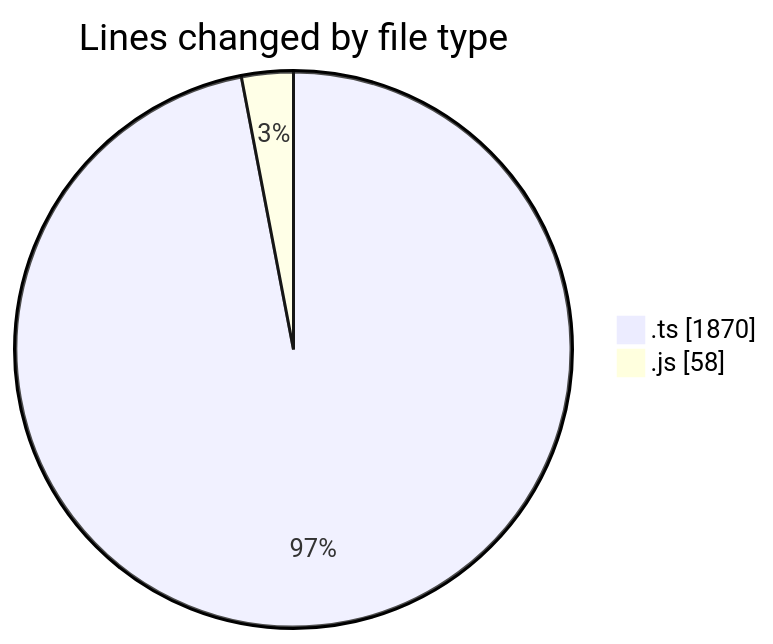
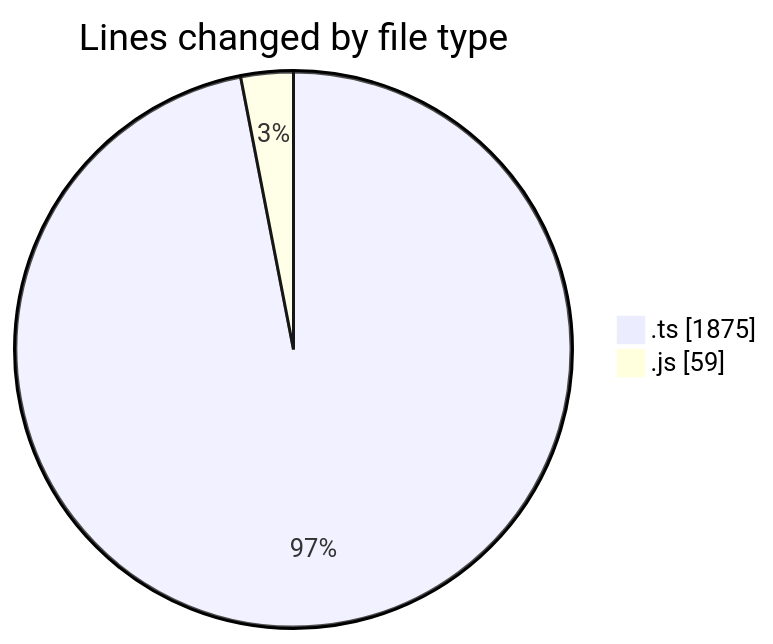
Before and after one commit to momahboobian/code-tracking: the first of 2 diagrams in 2026-11-03/cda/README.md, drawn with Mermaid. The commit also changed other lines of this file and 1 other file, not shown here.

````diff
--- a/2026-11-03/cda/README.md
+++ b/2026-11-03/cda/README.md
@@ -28,6 +30,6 @@
 ```mermaid
 pie showData
 title Lines changed by file type
-".ts" : 1870
-".js" : 58
+".ts" : 1875
+".js" : 59
 ```
````
